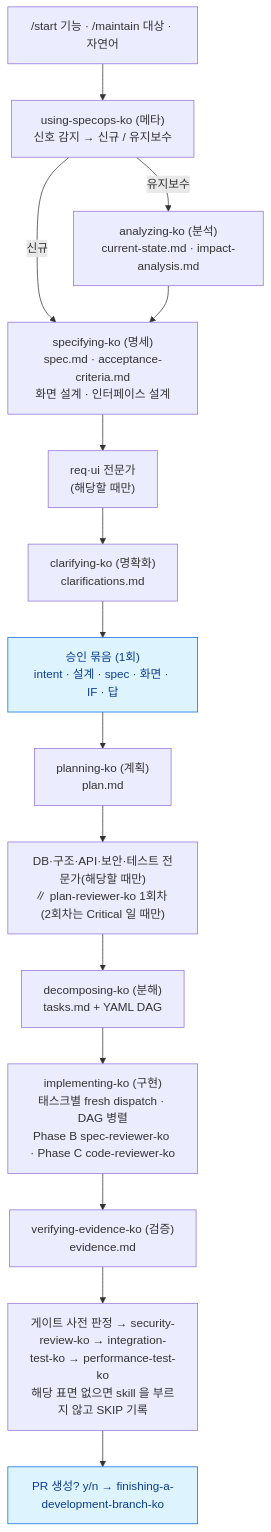
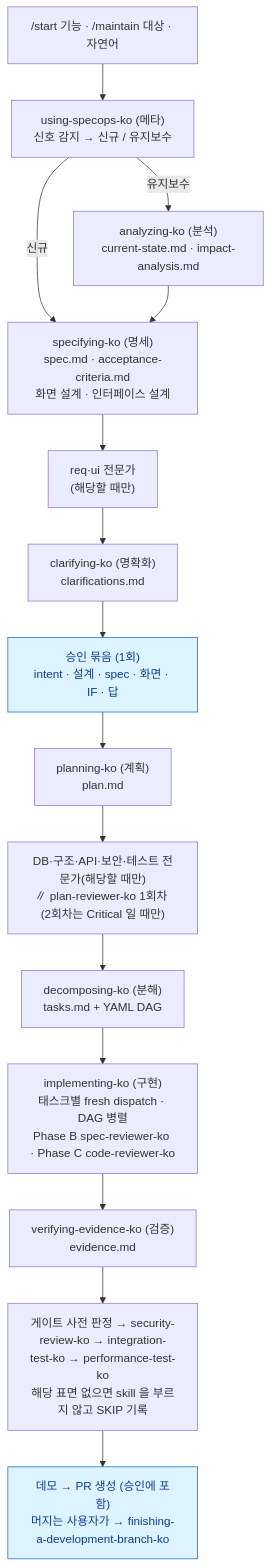
The second of 4 diagrams in README.md (andyko18/devFSD), drawn with Mermaid before and after one commit. The commit also changed other lines of this file and 16 other files, not shown here.

````diff
--- a/README.md
+++ b/README.md
@@ -131,18 +131,18 @@
 ```mermaid
 flowchart TD
     IN["/start 기능 · /maintain 대상 · 자연어"] --> META["using-specops-ko (메타)<br/>신호 감지 → 신규 / 유지보수"]
     META -- 유지보수 --> ANA["analyzing-ko (분석)<br/>current-state.md · impact-analysis.md"]
     META -- 신규 --> SPEC
     ANA --> SPEC["specifying-ko (명세)<br/>spec.md · acceptance-criteria.md<br/>화면 설계 · 인터페이스 설계"]
     SPEC --> REQUI["req·ui 전문가<br/>(해당할 때만)"]
     REQUI --> CLA["clarifying-ko (명확화)<br/>clarifications.md"]
     CLA --> APP["승인 묶음 (1회)<br/>intent · 설계 · spec · 화면 · IF · 답"]:::gate
     APP --> PLAN["planning-ko (계획)<br/>plan.md"]
     PLAN --> EXP["DB·구조·API·보안·테스트 전문가(해당할 때만)<br/>∥ plan-reviewer-ko 1회차 (2회차는 Critical 일 때만)"]
     EXP --> DEC["decomposing-ko (분해)<br/>tasks.md + YAML DAG"]
     DEC --> IMP["implementing-ko (구현)<br/>태스크별 fresh dispatch · DAG 병렬<br/>Phase B spec-reviewer-ko · Phase C code-reviewer-ko"]
     IMP --> VER["verifying-evidence-ko (검증)<br/>evidence.md"]
     VER --> SEC["게이트 사전 판정 → security-review-ko → integration-test-ko → performance-test-ko<br/>해당 표면 없으면 skill 을 부르지 않고 SKIP 기록"]
-    SEC --> PR["PR 생성? y/n → finishing-a-development-branch-ko"]:::gate
+    SEC --> PR["데모 → PR 생성 (승인에 포함)<br/>머지는 사용자가 → finishing-a-development-branch-ko"]:::gate
     classDef gate fill:#ddf4ff,stroke:#0969da,color:#0b3d91
 ```
````
